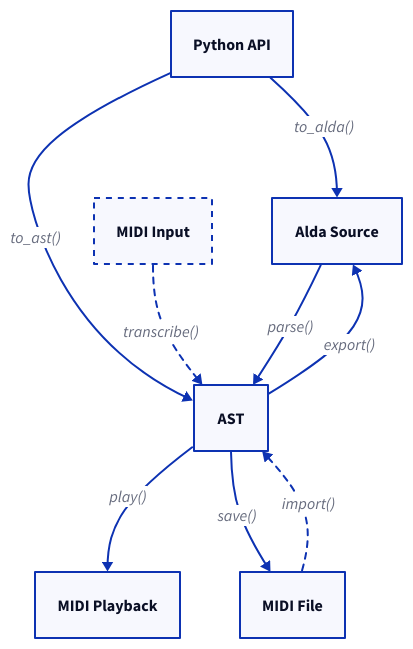
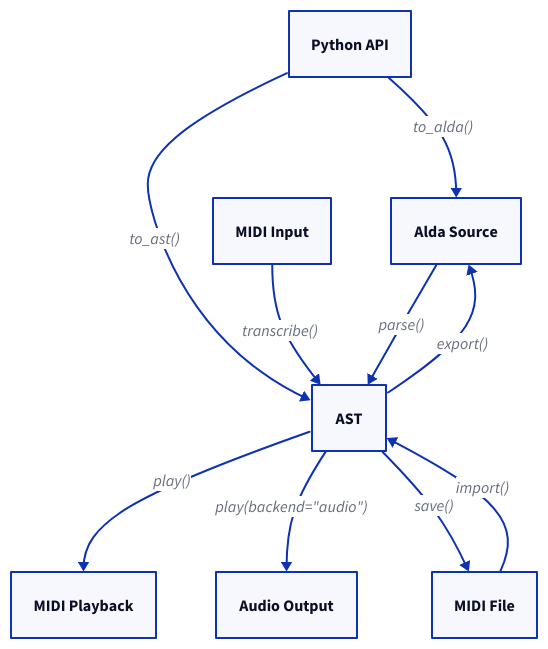
The diagram in docs/architecture.d2 (shakfu/aldapy), drawn with D2 before and after one commit. The commit also changed 25 other files, not shown here.

```diff
--- a/docs/architecture.d2
+++ b/docs/architecture.d2
@@ -1,27 +1,27 @@
 # aldakit Architecture
 
 # Input
 alda: Alda Source
 py-api: Python API
-midi-in: MIDI Input {
-  style.stroke-dash: 3
-}
+midi-in: MIDI Input
 
 # Core
 ast: AST
 
 # Output
 midi-out: MIDI Playback
+audio-out: Audio Output
 midi-file: MIDI File
 
 # Flows
 alda -> ast: parse()
 py-api -> ast: to_ast()
 py-api -> alda: to_alda()
-midi-in -> ast: transcribe() {style.stroke-dash: 3}
+midi-in -> ast: transcribe()
 
 ast -> alda: export()
 ast -> midi-out: play()
+ast -> audio-out: play(backend="audio")
 ast -> midi-file: save()
 
-midi-file -> ast: import() {style.stroke-dash: 3}
+midi-file -> ast: import()
```
